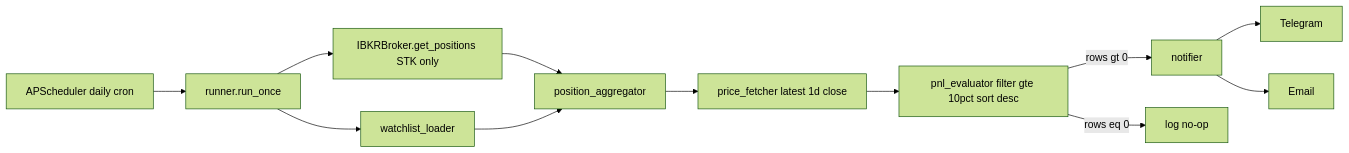
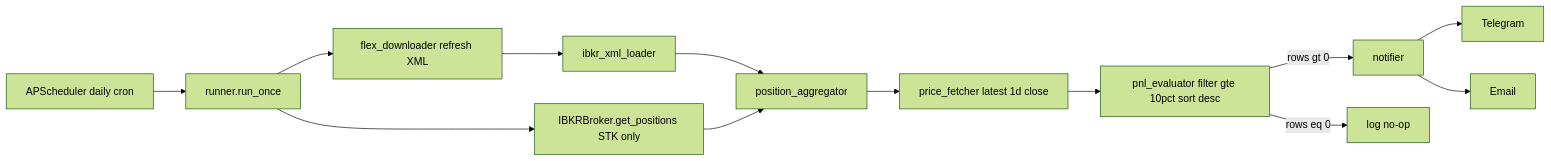
Before and after one commit to iwozere/e-trading: the diagram in src/portfolio/pnl_alert/docs/alert-specification.md, drawn with Mermaid (forest theme). The commit also changed other lines of this file and 14 other files, not shown here.

First line of the commit message:
Remove YAML watchlist from pnl_alert; IBKR becomes sole source

````diff
--- a/src/portfolio/pnl_alert/docs/alert-specification.md
+++ b/src/portfolio/pnl_alert/docs/alert-specification.md
@@ -139,14 +133,15 @@
 ```mermaid
 flowchart LR
     Sched[APScheduler daily cron] --> Run[runner.run_once]
-    Run --> IBKR[IBKRBroker.get_positions STK only]
-    Run --> WL[watchlist_loader]
-    IBKR --> Agg[position_aggregator]
-    WL --> Agg
+    Run --> FlexDL[flex_downloader refresh XML]
+    FlexDL --> XmlLoad[ibkr_xml_loader]
+    Run --> Live[IBKRBroker.get_positions STK only]
+    XmlLoad --> Agg[position_aggregator]
+    Live --> Agg
     Agg --> Px[price_fetcher latest 1d close]
     Px --> Eval[pnl_evaluator filter gte 10pct sort desc]
     Eval -->|rows gt 0| Notif[notifier]
     Eval -->|rows eq 0| Skip[log no-op]
     Notif --> TG[Telegram]
     Notif --> EM[Email]
 ```
````
